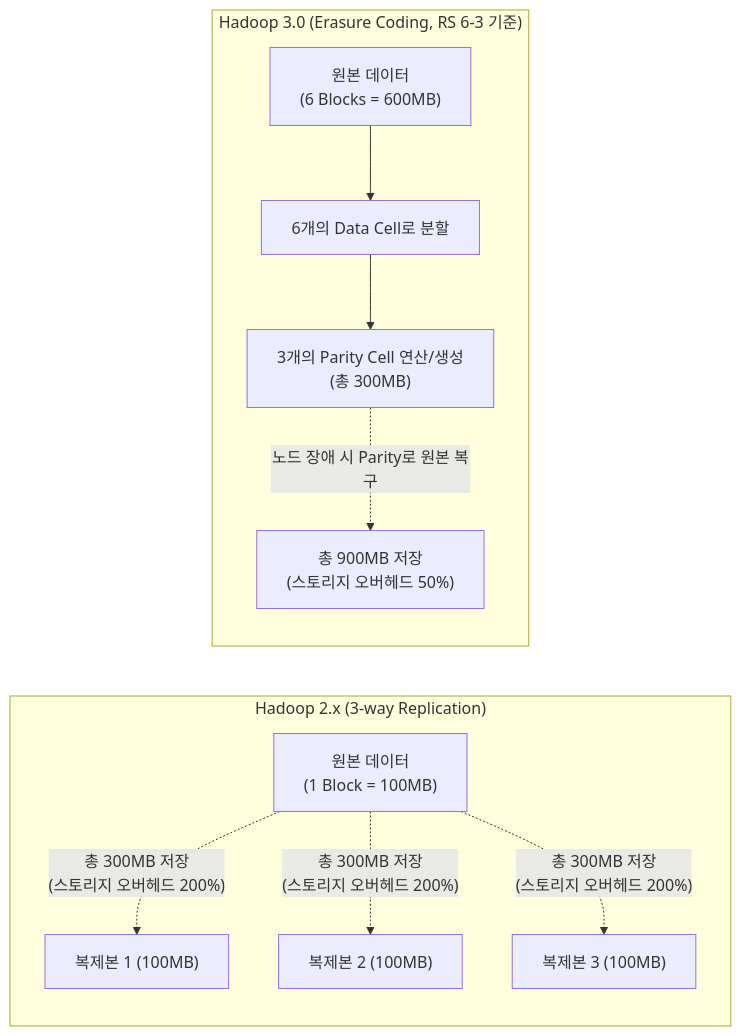
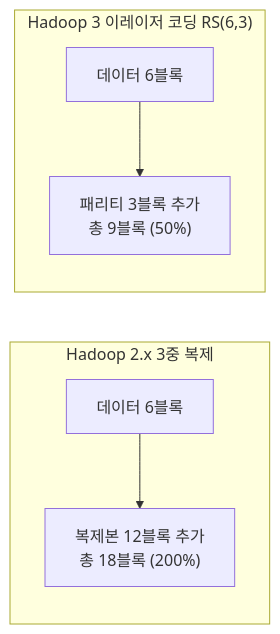
Before and after one commit to supremethumb/supremethumb.github.io: the diagram in content/01_IT Tech/Hadoop 3.0.md, drawn with Mermaid. The commit also changed other lines of this file and 1087 other files, not shown here.

````diff
--- a/content/01_IT Tech/Hadoop 3.0.md
+++ b/content/01_IT Tech/Hadoop 3.0.md
@@ -27,22 +35,11 @@
 ```mermaid
 flowchart LR
-    subgraph Hadoop_2 ["Hadoop 2.x (3-way Replication)"]
+    subgraph R["Hadoop 2.x 3중 복제"]
         direction TB
-        Data2["원본 데이터<br/>(1 Block = 100MB)"]
-        Rep1["복제본 1 (100MB)"]
-        Rep2["복제본 2 (100MB)"]
-        Rep3["복제본 3 (100MB)"]
-        Data2 -. "총 300MB 저장<br/>(스토리지 오버헤드 200%)" .-> Rep1 & Rep2 & Rep3
+        D1["데이터 6블록"] --> C1["복제본 12블록 추가<br/>총 18블록 (200%)"]
     end
-
-    subgraph Hadoop_3 ["Hadoop 3.0 (Erasure Coding, RS 6-3 기준)"]
+    subgraph E["Hadoop 3 이레이저 코딩 RS(6,3)"]
         direction TB
-        Data3["원본 데이터<br/>(6 Blocks = 600MB)"]
-        Split["6개의 Data Cell로 분할"]
-        Parity["3개의 Parity Cell 연산/생성<br/>(총 300MB)"]
-        Data3 --> Split --> Parity
-        Note["총 900MB 저장<br/>(스토리지 오버헤드 50%)"]
-        Parity -. "노드 장애 시 Parity로 원본 복구" .-> Note
+        D2["데이터 6블록"] --> P2["패리티 3블록 추가<br/>총 9블록 (50%)"]
     end
-
 ```
````
